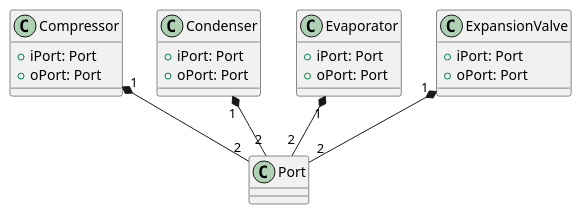
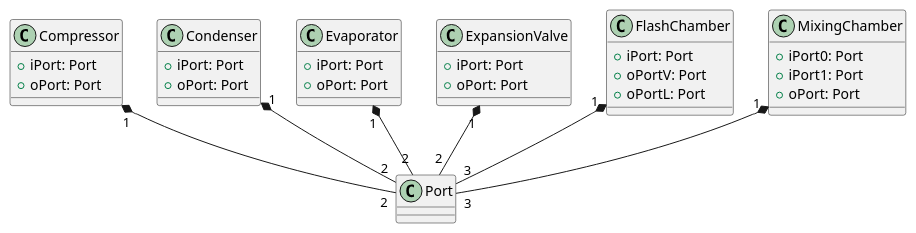
One commit to thermalogic/SimVCCE changed the third of 7 diagrams in uml/PlantUML_Class_VCCE.md. Above: the diagram before and after it, drawn with PlantUML. The commit also changed other lines of this file and 2 other files, not shown here.

````diff
--- a/uml/PlantUML_Class_VCCE.md
+++ b/uml/PlantUML_Class_VCCE.md
@@ -114,22 +114,38 @@
 ```puml
 class Compressor {
  + iPort: Port
  + oPort: Port
 }
 class Condenser {
  + iPort: Port
  + oPort: Port
 }
 class Evaporator {
  + iPort: Port
  + oPort: Port
 }
 class ExpansionValve {
  + iPort: Port
  + oPort: Port
 }
+
+class  FlashChamber {
+ + iPort: Port
+ + oPortV: Port
+ + oPortL: Port 
+}
+
+class MixingChamber {
+ + iPort0: Port
+ + iPort1: Port
+ + oPort: Port 
+}
+
 Compressor "1" *-- "2" Port
 ExpansionValve "1" *-- "2" Port
 Evaporator "1" *-- "2" Port
 Condenser "1" *-- "2" Port
+FlashChamber "1" *-- "3" Port
+MixingChamber "1" *-- "3" Port
+
 ```
````
